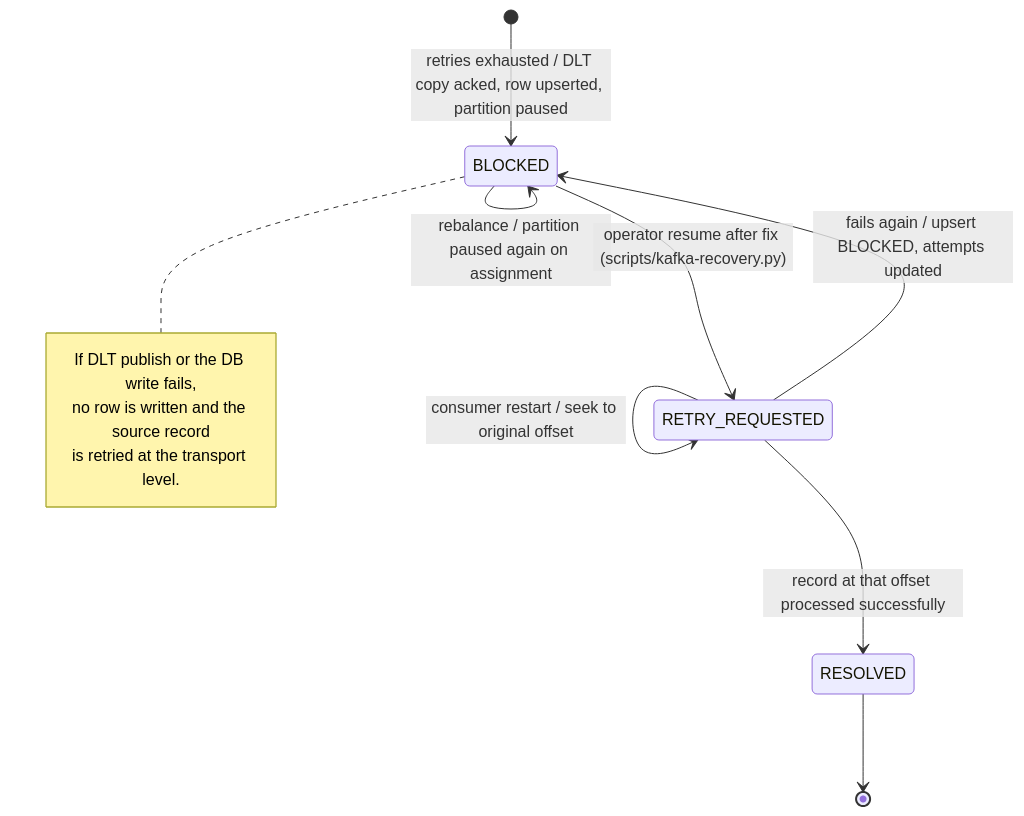
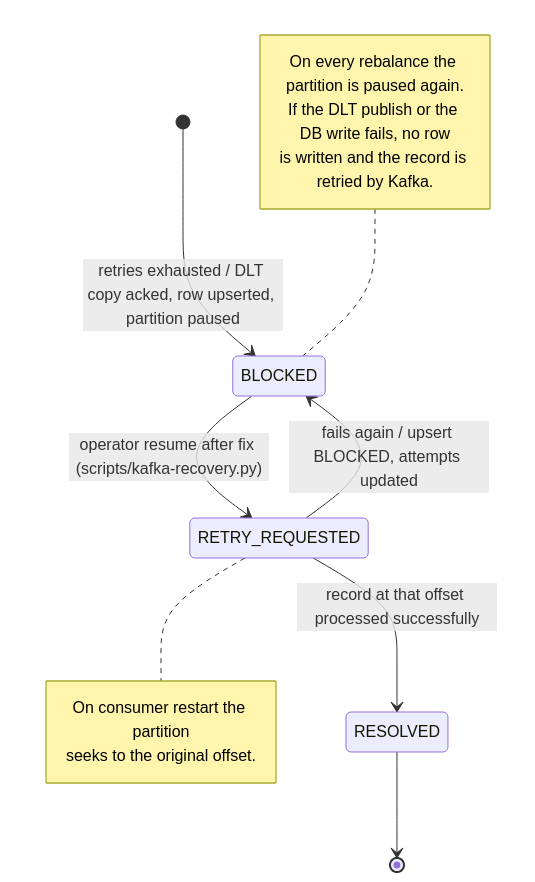
One commit to Luca5Eckert/VellumHub changed the diagram in docs/architecture/states/kafka-quarantine.md. Above: the diagram before and after it, drawn with Mermaid. The commit also changed 39 other files, not shown here.

````diff
--- a/docs/architecture/states/kafka-quarantine.md
+++ b/docs/architecture/states/kafka-quarantine.md
@@ -14,15 +14,17 @@
 ```mermaid
 stateDiagram-v2
     [*] --> BLOCKED: retries exhausted / DLT copy acked, row upserted, partition paused
-    BLOCKED --> BLOCKED: rebalance / partition paused again on assignment
     BLOCKED --> RETRY_REQUESTED: operator resume after fix (scripts/kafka-recovery.py)
-    RETRY_REQUESTED --> RETRY_REQUESTED: consumer restart / seek to original offset
     RETRY_REQUESTED --> RESOLVED: record at that offset processed successfully
     RETRY_REQUESTED --> BLOCKED: fails again / upsert BLOCKED, attempts updated
     RESOLVED --> [*]
-    note right of BLOCKED
-      If DLT publish or the DB write fails,
-      no row is written and the source record
-      is retried at the transport level.
+    note left of BLOCKED
+      On every rebalance the partition is paused again.
+      If the DLT publish or the DB write fails, no row
+      is written and the record is retried by Kafka.
+    end note
+    note right of RETRY_REQUESTED
+      On consumer restart the partition
+      seeks to the original offset.
     end note
 ```
````
